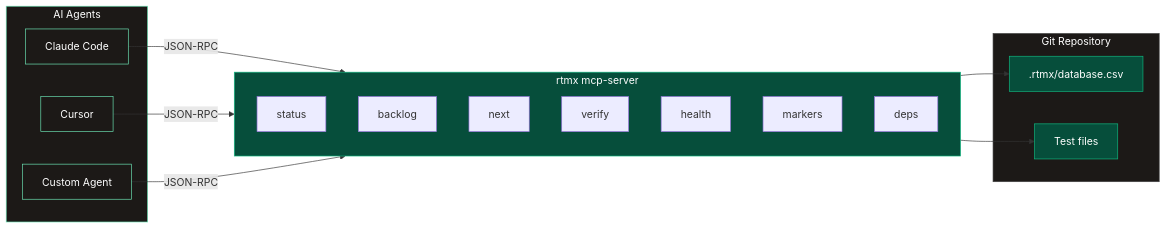
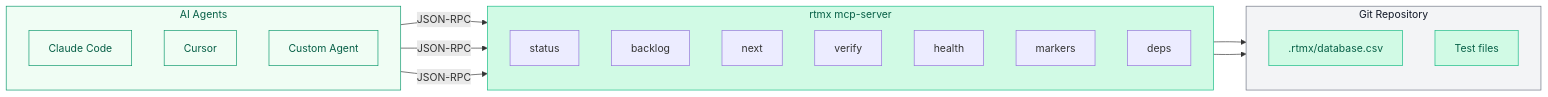
Before and after one commit to rtmx-ai/rtmx: the third of 3 diagrams in README.md, drawn with Mermaid. The commit also changed other lines of this file and 3 other files, not shown here.

First line of the commit message:
fix: Mermaid diagram contrast and vertical MCP layout (#107)

````diff
--- a/README.md
+++ b/README.md
@@ -97,38 +97,41 @@
 ```mermaid
 flowchart LR
     subgraph agents["AI Agents"]
+        direction TB
         A1["Claude Code"]
         A2["Cursor"]
         A3["Custom Agent"]
     end
 
     subgraph mcp["rtmx mcp-server"]
+        direction TB
         T1["status"]
         T2["backlog"]
         T3["next"]
         T4["verify"]
         T5["health"]
         T6["markers"]
         T7["deps"]
     end
 
     subgraph repo["Git Repository"]
+        direction TB
         DB[".rtmx/database.csv"]
         Tests["Test files"]
     end
 
     A1 -- "JSON-RPC" --> mcp
     A2 -- "JSON-RPC" --> mcp
     A3 -- "JSON-RPC" --> mcp
     mcp --> DB
     mcp --> Tests
 
-    style agents fill:#1c1917,stroke:#6ee7b7,color:#fff
-    style mcp fill:#064e3b,stroke:#10b981,color:#fff
-    style repo fill:#1c1917,stroke:#404040,color:#fff
-    style A1 fill:#1c1917,stroke:#6ee7b7,color:#fff
-    style A2 fill:#1c1917,stroke:#6ee7b7,color:#fff
-    style A3 fill:#1c1917,stroke:#6ee7b7,color:#fff
-    style DB fill:#064e3b,stroke:#10b981,color:#fff
-    style Tests fill:#064e3b,stroke:#10b981,color:#fff
+    style agents fill:#f0fdf4,stroke:#059669,color:#065f46
+    style mcp fill:#d1fae5,stroke:#10b981,color:#065f46
+    style repo fill:#f3f4f6,stroke:#6b7280,color:#111827
+    style A1 fill:#f0fdf4,stroke:#059669,color:#065f46
+    style A2 fill:#f0fdf4,stroke:#059669,color:#065f46
+    style A3 fill:#f0fdf4,stroke:#059669,color:#065f46
+    style DB fill:#d1fae5,stroke:#10b981,color:#065f46
+    style Tests fill:#d1fae5,stroke:#10b981,color:#065f46
 ```
````
